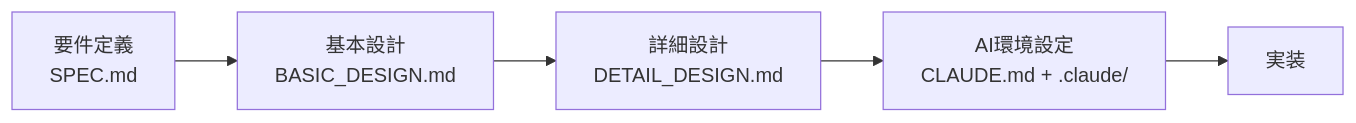
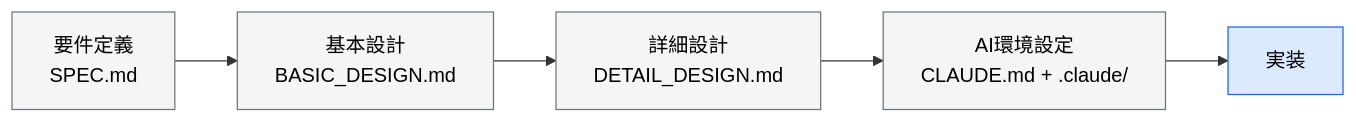
Before and after one commit to takuma39/ai: diagram 26 of 44 in AI駆動開発.md, drawn with Mermaid. The commit also changed other lines of this file, not shown here.

````diff
--- a/AI駆動開発.md
+++ b/AI駆動開発.md
@@ -1227,7 +1313,13 @@
 ```mermaid
 flowchart LR
     A["要件定義<br/>SPEC.md"] --> B["基本設計<br/>BASIC_DESIGN.md"]
     B --> C["詳細設計<br/>DETAIL_DESIGN.md"]
     C --> E["AI環境設定<br/>CLAUDE.md + .claude/"]
     E --> D["実装"]
+
+    style A fill:#f5f5f5,stroke:#6c757d,color:#000
+    style B fill:#f5f5f5,stroke:#6c757d,color:#000
+    style C fill:#f5f5f5,stroke:#6c757d,color:#000
+    style E fill:#f5f5f5,stroke:#6c757d,color:#000
+    style D fill:#dbeafe,stroke:#2563eb,color:#000
 ```
````
